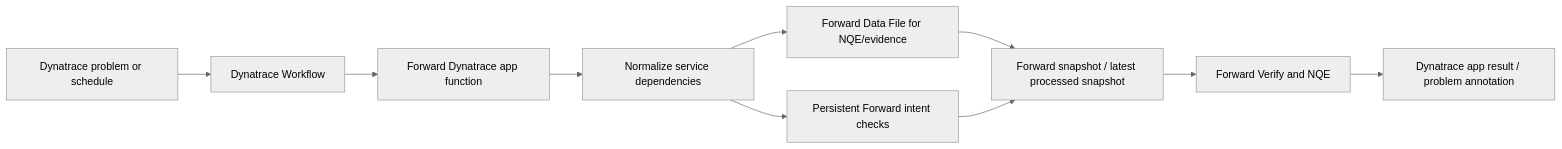
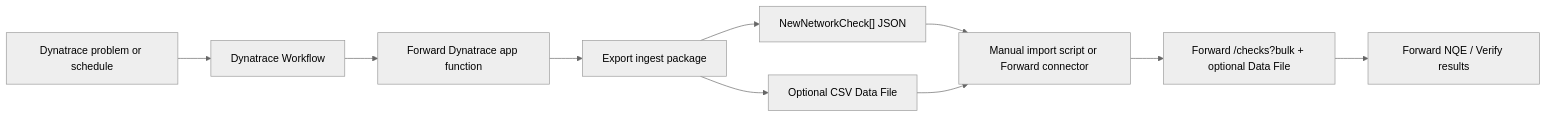
Before and after one commit to forwardnetworks/forward-dynatrace: the diagram in docs/workflow.md, drawn with Mermaid (neutral theme). The commit also changed other lines of this file and 20 other files, not shown here.

Commit message:
Clarify Forward-owned Dynatrace ingest

````diff
--- a/docs/workflow.md
+++ b/docs/workflow.md
@@ -20,12 +22,12 @@
 ```mermaid
 flowchart LR
     A["Dynatrace problem or schedule"] --> B["Dynatrace Workflow"]
     B --> C["Forward Dynatrace app function"]
-    C --> D["Normalize service dependencies"]
-    D --> E["Forward Data File for NQE/evidence"]
-    D --> F["Persistent Forward intent checks"]
-    E --> G["Forward snapshot / latest processed snapshot"]
+    C --> D["Export ingest package"]
+    D --> E["NewNetworkCheck[] JSON"]
+    D --> F["Optional CSV Data File"]
+    E --> G["Manual import script or Forward connector"]
     F --> G
-    G --> H["Forward Verify and NQE"]
-    H --> I["Dynatrace app result / problem annotation"]
+    G --> H["Forward /checks?bulk + optional Data File"]
+    H --> I["Forward NQE / Verify results"]
 ```
````
